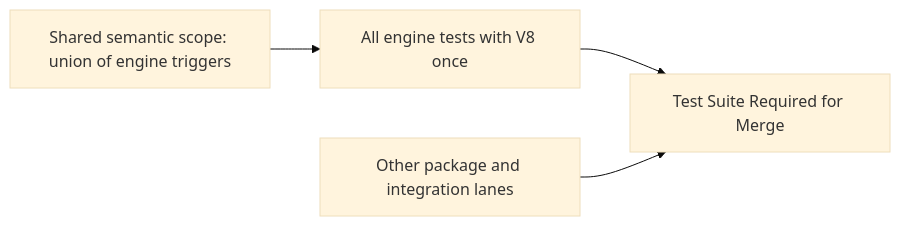
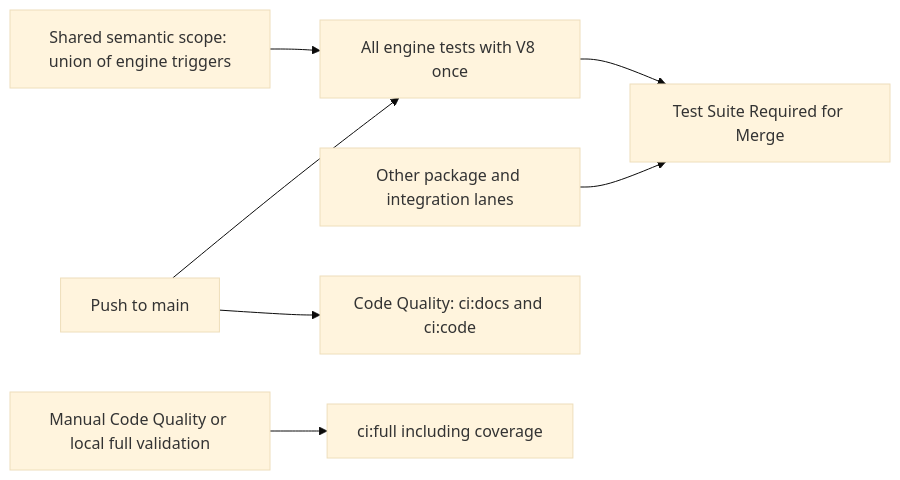
One commit to dunay2/dvt changed the second of 4 diagrams in docs/architecture/components/ci-governance/engine-coverage-scope-gate-component.md. Above: the diagram before and after it, drawn with Mermaid (base theme). The commit also changed other lines of this file and 5 other files, not shown here.

````diff
--- a/docs/architecture/components/ci-governance/engine-coverage-scope-gate-component.md
+++ b/docs/architecture/components/ci-governance/engine-coverage-scope-gate-component.md
@@ -129,6 +136,9 @@
 ```mermaid
 flowchart LR
     Scope[Shared semantic scope: union of engine triggers] --> Coverage[All engine tests with V8 once]
     Coverage --> Aggregate[Test Suite Required for Merge]
     Other[Other package and integration lanes] --> Aggregate
+    Push[Push to main] --> Baseline[Code Quality: ci:docs and ci:code]
+    Push --> Coverage
+    Manual[Manual Code Quality or local full validation] --> Full[ci:full including coverage]
 ```
````
